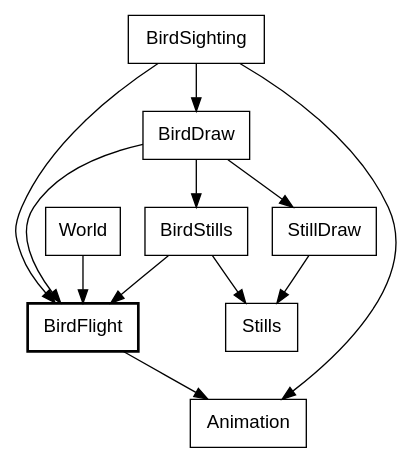
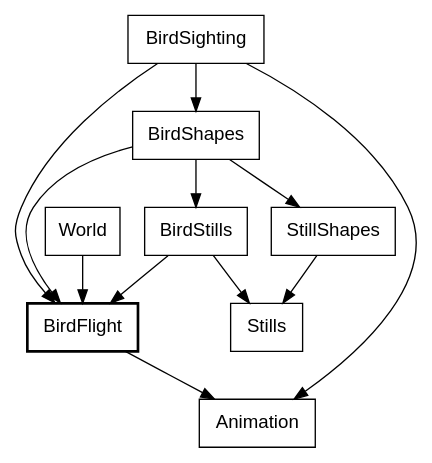
Diagram 21 of 30 in canvas_apps/safari/tutorial/tutorial.md (showell/roc-apps), drawn with Graphviz before and after one commit. The commit also changed other lines of this file and 19 other files, not shown here.

````diff
--- a/canvas_apps/safari/tutorial/tutorial.md
+++ b/canvas_apps/safari/tutorial/tutorial.md
@@ -1894,17 +1894,17 @@
 ```dot
 digraph bird {
   node [shape=box, fontname="Helvetica"];
   BirdFlight [style=bold];
   World -> BirdFlight;
   BirdSighting -> BirdFlight;
-  BirdSighting -> BirdDraw;
+  BirdSighting -> BirdShapes;
   BirdSighting -> Animation;
-  BirdDraw -> BirdFlight;
-  BirdDraw -> BirdStills;
-  BirdDraw -> StillDraw;
+  BirdShapes -> BirdFlight;
+  BirdShapes -> BirdStills;
+  BirdShapes -> StillShapes;
   BirdStills -> BirdFlight;
   BirdStills -> Stills;
-  StillDraw -> Stills;
+  StillShapes -> Stills;
   BirdFlight -> Animation;
 }
 ```
````
